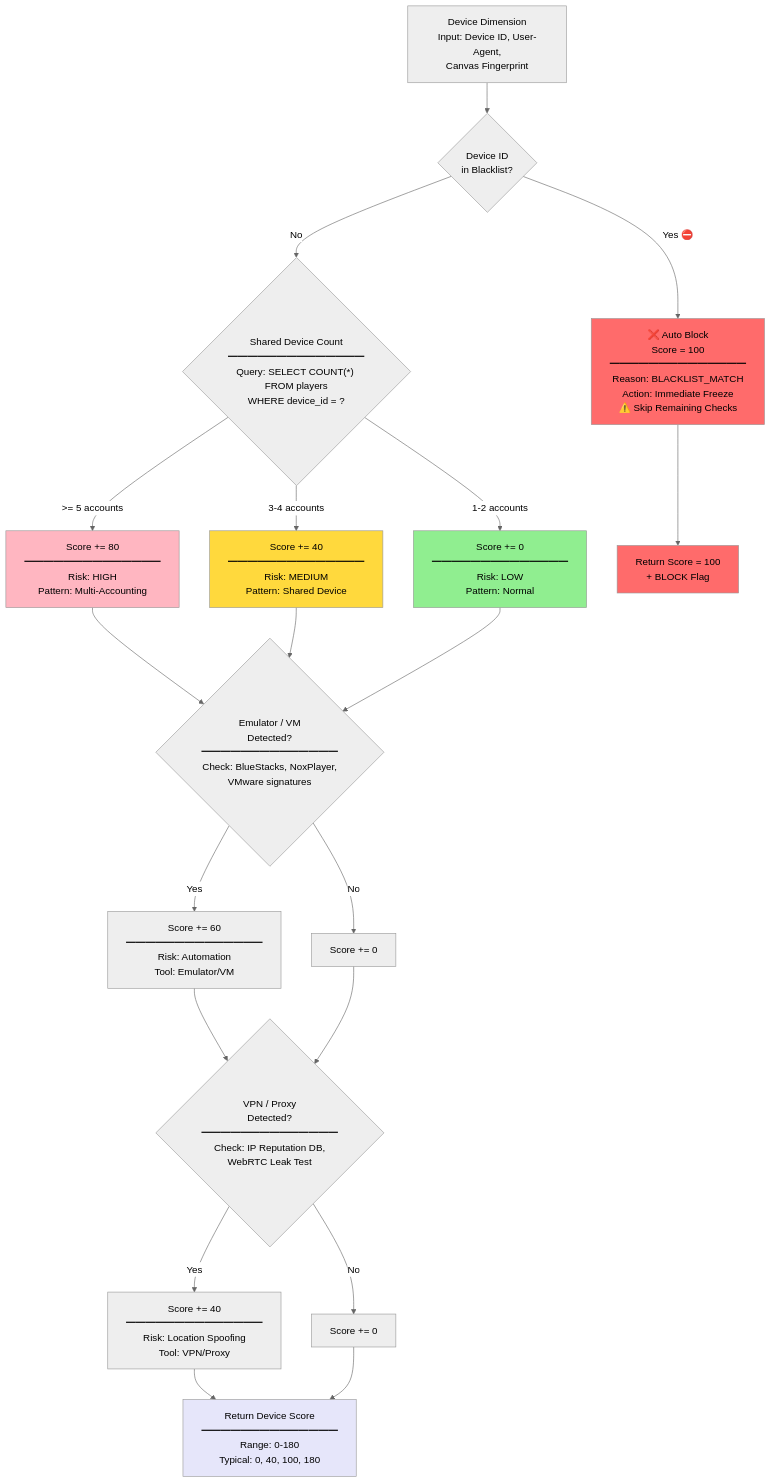
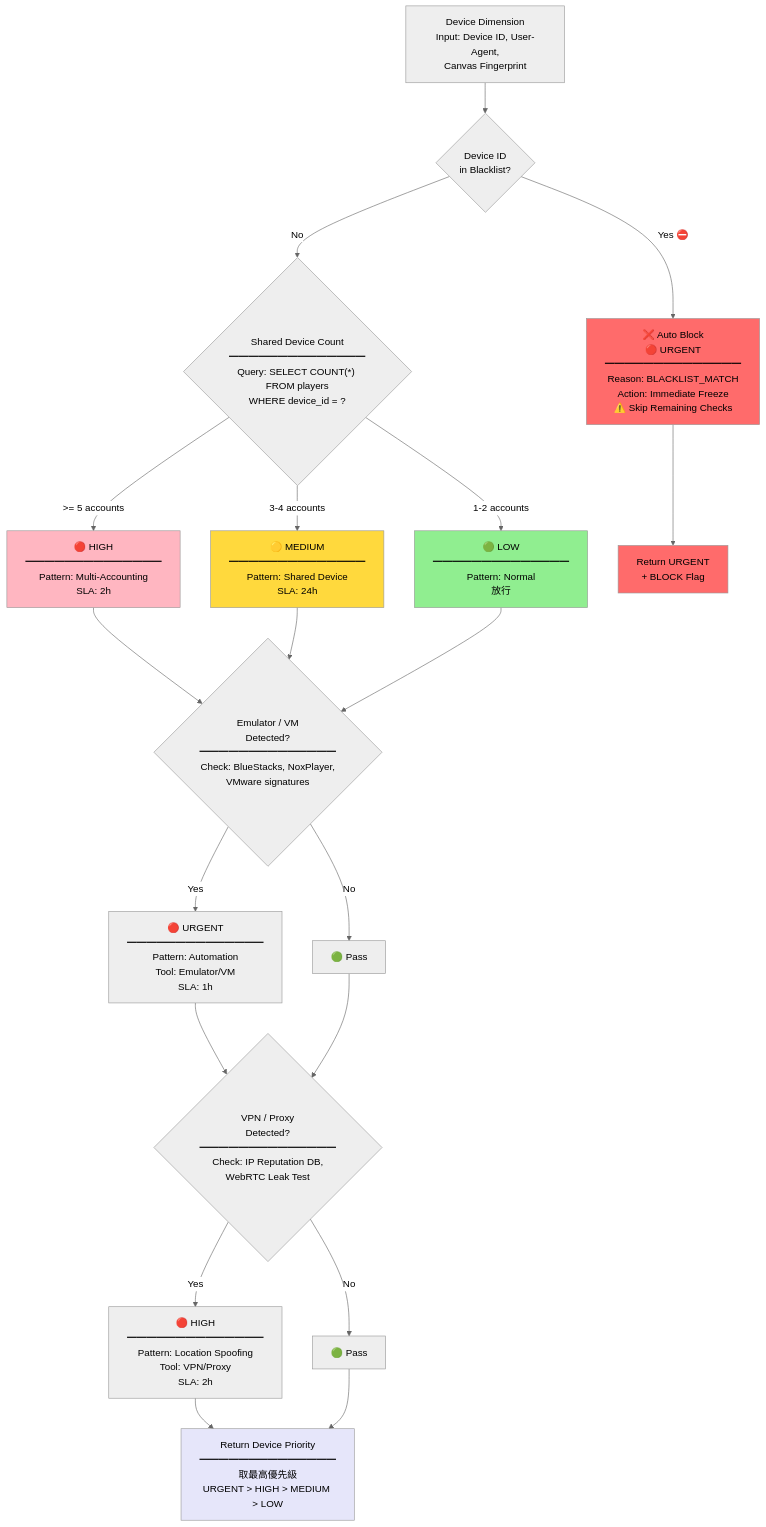
The third of 6 diagrams in docs/iGaming/04_Risk_Control/04-01_Risk_Framework.md (ron03wlb/smart-admin), drawn with Mermaid (neutral theme) before and after one commit. The commit also changed other lines of this file and 275 other files, not shown here.

First line of the commit message:
docs(v4.1.0): sync all .claude/ .agent/ docs to 6-layer modular architecture

````diff
--- a/docs/iGaming/04_Risk_Control/04-01_Risk_Framework.md
+++ b/docs/iGaming/04_Risk_Control/04-01_Risk_Framework.md
@@ -222,37 +221,37 @@
 ```mermaid
 flowchart TD
     START_D1["Device Dimension<br/>Input: Device ID, User-Agent,<br/>Canvas Fingerprint"] --> BLACKLIST{"Device ID<br/>in Blacklist?"}
 
-    BLACKLIST -->|Yes ⛔| BLOCK1["❌ Auto Block<br/>Score = 100<br/>━━━━━━━━━━━━━━<br/>Reason: BLACKLIST_MATCH<br/>Action: Immediate Freeze<br/>⚠️ Skip Remaining Checks"]
+    BLACKLIST -->|Yes ⛔| BLOCK1["❌ Auto Block<br/>🔴 URGENT<br/>━━━━━━━━━━━━━━<br/>Reason: BLACKLIST_MATCH<br/>Action: Immediate Freeze<br/>⚠️ Skip Remaining Checks"]
 
     BLACKLIST -->|No| SHARED{"Shared Device Count<br/>━━━━━━━━━━━━━━<br/>Query: SELECT COUNT(*) FROM players<br/>WHERE device_id = ?"}
 
-    SHARED -->|>= 5 accounts| SCORE_HIGH["Score += 80<br/>━━━━━━━━━━━━━━<br/>Risk: HIGH<br/>Pattern: Multi-Accounting"]
-    SHARED -->|3-4 accounts| SCORE_MED["Score += 40<br/>━━━━━━━━━━━━━━<br/>Risk: MEDIUM<br/>Pattern: Shared Device"]
-    SHARED -->|1-2 accounts| SCORE_LOW["Score += 0<br/>━━━━━━━━━━━━━━<br/>Risk: LOW<br/>Pattern: Normal"]
+    SHARED -->|>= 5 accounts| SCORE_HIGH["🔴 HIGH<br/>━━━━━━━━━━━━━━<br/>Pattern: Multi-Accounting<br/>SLA: 2h"]
+    SHARED -->|3-4 accounts| SCORE_MED["🟡 MEDIUM<br/>━━━━━━━━━━━━━━<br/>Pattern: Shared Device<br/>SLA: 24h"]
+    SHARED -->|1-2 accounts| SCORE_LOW["🟢 LOW<br/>━━━━━━━━━━━━━━<br/>Pattern: Normal<br/>放行"]
 
     SCORE_HIGH --> EMULATOR{"Emulator / VM<br/>Detected?<br/>━━━━━━━━━━━━━━<br/>Check: BlueStacks, NoxPlayer,<br/>VMware signatures"}
     SCORE_MED --> EMULATOR
     SCORE_LOW --> EMULATOR
 
-    EMULATOR -->|Yes| EMU_SCORE["Score += 60<br/>━━━━━━━━━━━━━━<br/>Risk: Automation<br/>Tool: Emulator/VM"]
-    EMULATOR -->|No| EMU_NONE[Score += 0]
+    EMULATOR -->|Yes| EMU_SCORE["🔴 URGENT<br/>━━━━━━━━━━━━━━<br/>Pattern: Automation<br/>Tool: Emulator/VM<br/>SLA: 1h"]
+    EMULATOR -->|No| EMU_NONE["🟢 Pass"]
 
     EMU_SCORE --> VPN{"VPN / Proxy<br/>Detected?<br/>━━━━━━━━━━━━━━<br/>Check: IP Reputation DB,<br/>WebRTC Leak Test"}
     EMU_NONE --> VPN
 
-    VPN -->|Yes| VPN_SCORE["Score += 40<br/>━━━━━━━━━━━━━━<br/>Risk: Location Spoofing<br/>Tool: VPN/Proxy"]
-    VPN -->|No| VPN_NONE[Score += 0]
+    VPN -->|Yes| VPN_SCORE["🔴 HIGH<br/>━━━━━━━━━━━━━━<br/>Pattern: Location Spoofing<br/>Tool: VPN/Proxy<br/>SLA: 2h"]
+    VPN -->|No| VPN_NONE["🟢 Pass"]
 
-    VPN_SCORE --> RETURN_D1["Return Device Score<br/>━━━━━━━━━━━━━━<br/>Range: 0-180<br/>Typical: 0, 40, 100, 180"]
+    VPN_SCORE --> RETURN_D1["Return Device Priority<br/>━━━━━━━━━━━━━━<br/>取最高優先級<br/>URGENT > HIGH > MEDIUM > LOW"]
     VPN_NONE --> RETURN_D1
 
-    BLOCK1 --> RETURN_BLOCK["Return Score = 100<br/>+ BLOCK Flag"]
+    BLOCK1 --> RETURN_BLOCK["Return URGENT<br/>+ BLOCK Flag"]
 
     style BLOCK1 fill:#FF6B6B
     style SCORE_HIGH fill:#FFB6C1
     style SCORE_MED fill:#FFD93D
     style SCORE_LOW fill:#90EE90
     style RETURN_D1 fill:#E6E6FA
     style RETURN_BLOCK fill:#FF6B6B
 ```
````
